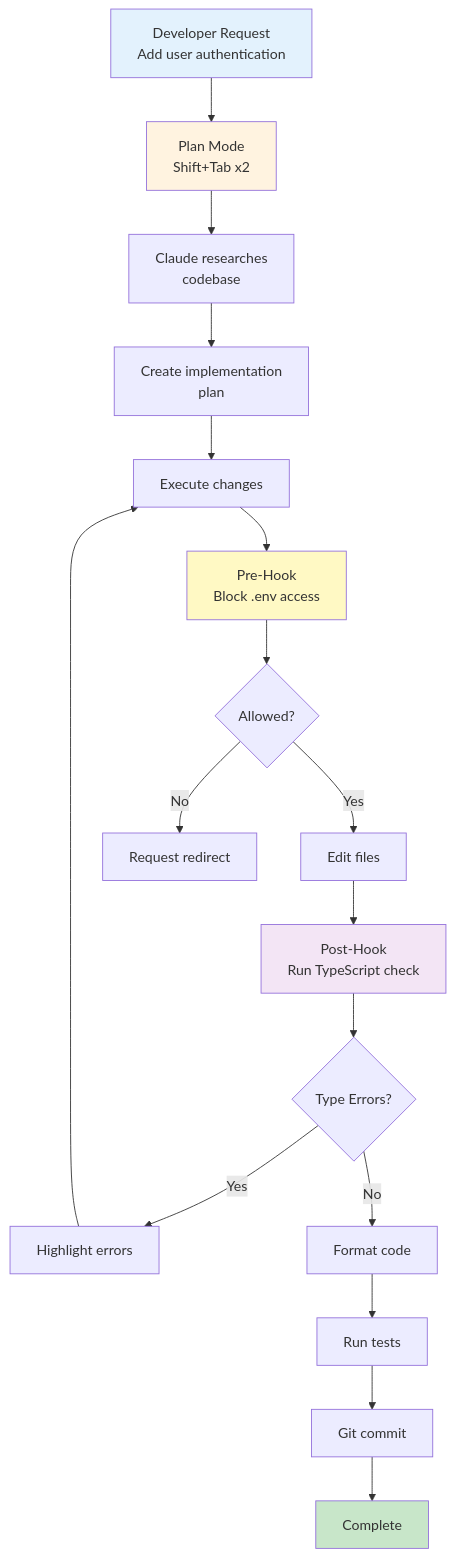
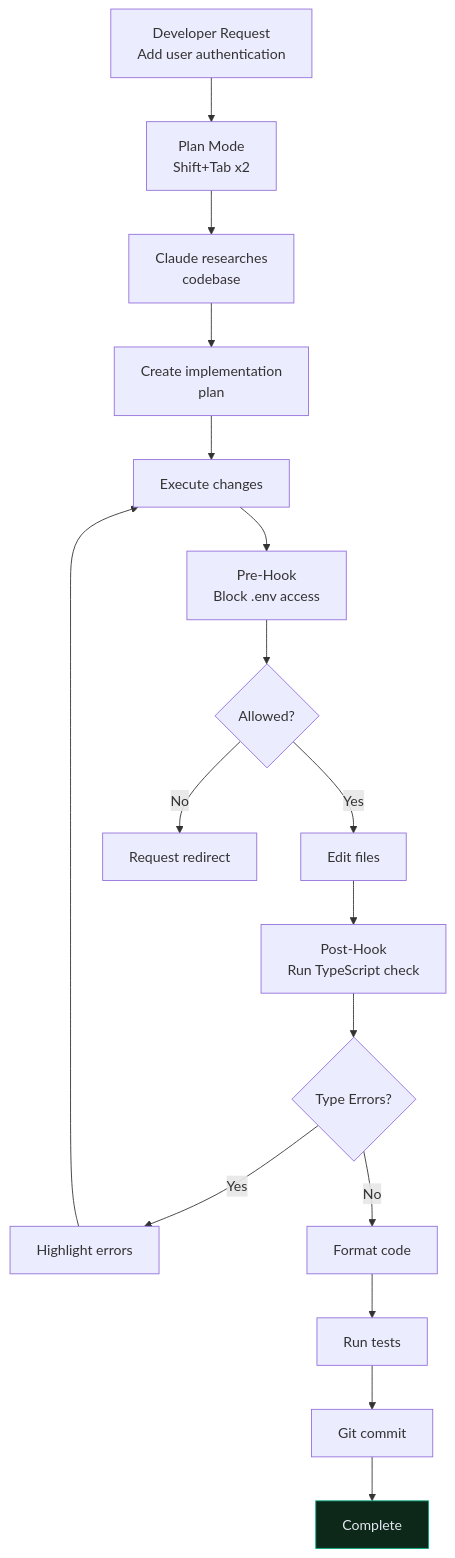
One commit to CagriCatik/claude-ollama-coder changed diagram 16 of 16 in docs/01_Claude-Code-in-Action.md. Above: the diagram before and after it, drawn with Mermaid. The commit also changed other lines of this file and 16 other files, not shown here.

````diff
--- a/docs/01_Claude-Code-in-Action.md
+++ b/docs/01_Claude-Code-in-Action.md
@@ -875,28 +837,24 @@
 ```mermaid
 graph TD
     A["Developer Request<br/>Add user authentication"] --> B["Plan Mode<br/>Shift+Tab x2"]
     B --> C["Claude researches<br/>codebase"]
     C --> D["Create implementation<br/>plan"]
     D --> E["Execute changes"]
     
     E --> F["Pre-Hook<br/>Block .env access"]
     F --> G{"Allowed?"}
     G -->|Yes| H["Edit files"]
     G -->|No| I["Request redirect"]
     
     H --> J["Post-Hook<br/>Run TypeScript check"]
     J --> K{"Type Errors?"}
     K -->|Yes| L["Highlight errors"]
     L --> E
     K -->|No| M["Format code"]
     
     M --> N["Run tests"]
     N --> O["Git commit"]
     O --> P["Complete"]
     
-    style A fill:#e3f2fd
-    style B fill:#fff3e0
-    style F fill:#fff9c4
-    style J fill:#f3e5f5
-    style P fill:#c8e6c9
+    style P fill:#0d2718,stroke:#00a67e,color:#e2e8f0
 ```
````
